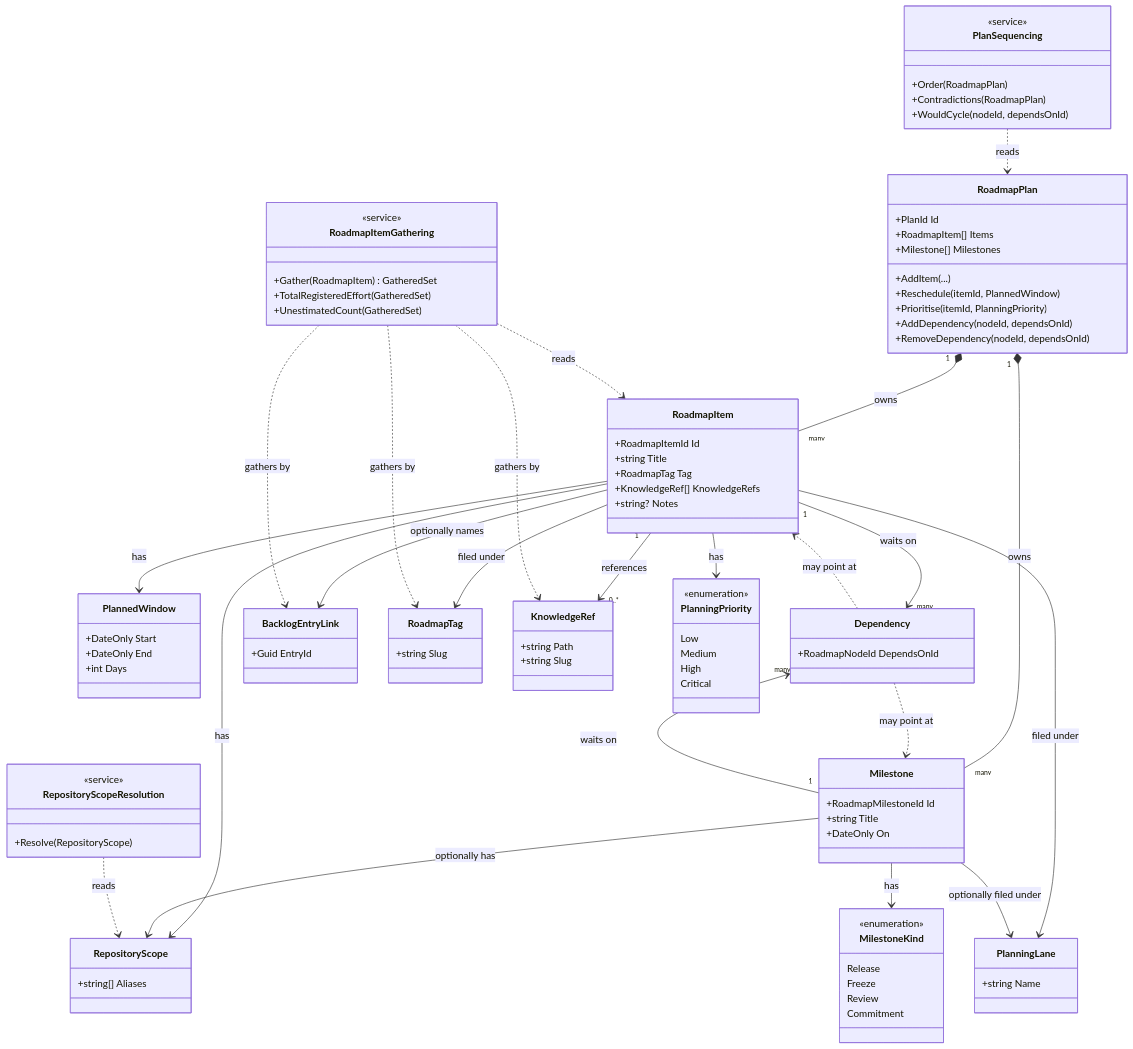
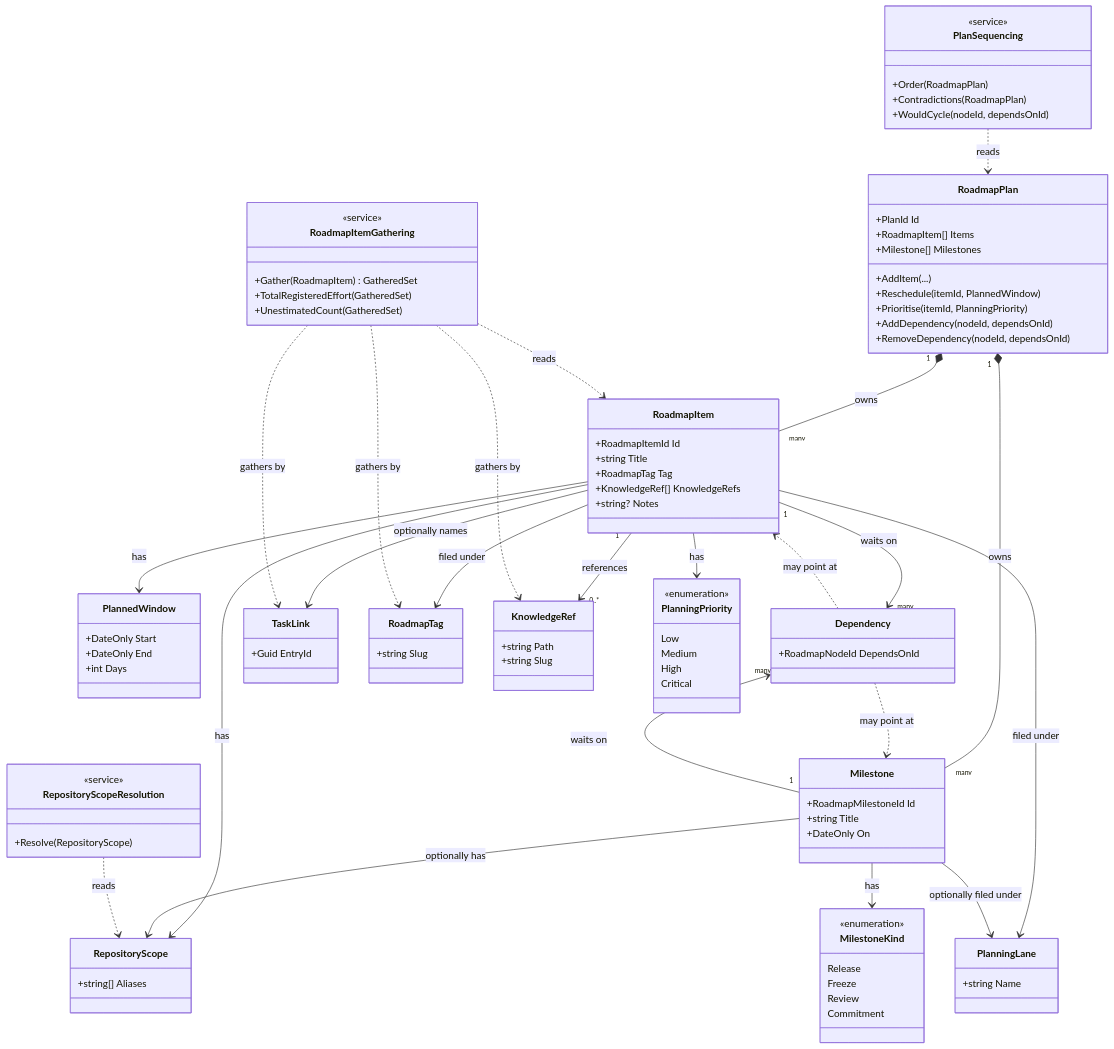
The diagram in .domain/roadmap/model.md (JSdotNet/Backlog), drawn with Mermaid before and after one commit. The commit also changed other lines of this file and 364 other files, not shown here.

````diff
--- a/.domain/roadmap/model.md
+++ b/.domain/roadmap/model.md
@@ -59,7 +59,7 @@
         +string Name
     }
 
-    class BacklogEntryLink {
+    class TaskLink {
         +Guid EntryId
     }
 
@@ -116,7 +116,7 @@
     RoadmapItem --> RepositoryScope : has
     RoadmapItem --> PlanningLane : filed under
     RoadmapItem "1" --> "many" Dependency : waits on
-    RoadmapItem --> BacklogEntryLink : optionally names
+    RoadmapItem --> TaskLink : optionally names
     RoadmapItem "1" --> "0..*" KnowledgeRef : references
 
     Milestone --> MilestoneKind : has
@@ -131,6 +131,6 @@
     RepositoryScopeResolution ..> RepositoryScope : reads
     RoadmapItemGathering ..> RoadmapItem : reads
     RoadmapItemGathering ..> RoadmapTag : gathers by
-    RoadmapItemGathering ..> BacklogEntryLink : gathers by
+    RoadmapItemGathering ..> TaskLink : gathers by
     RoadmapItemGathering ..> KnowledgeRef : gathers by
 ```
````
